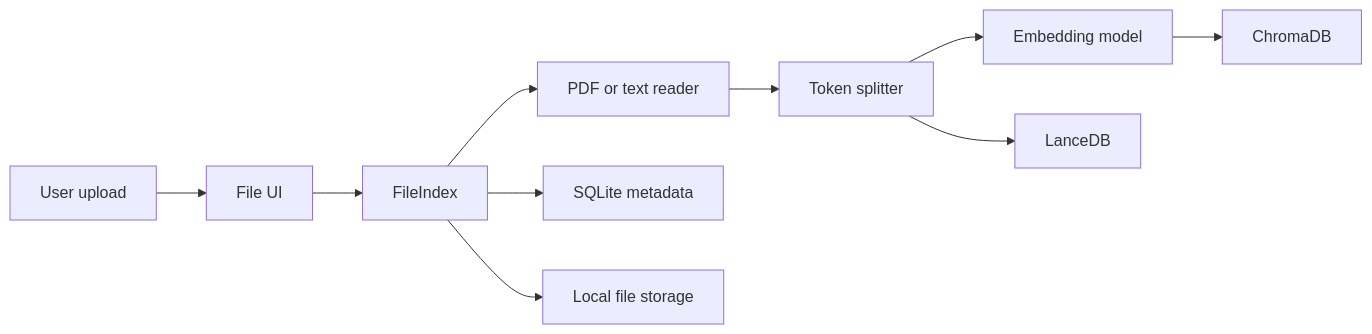
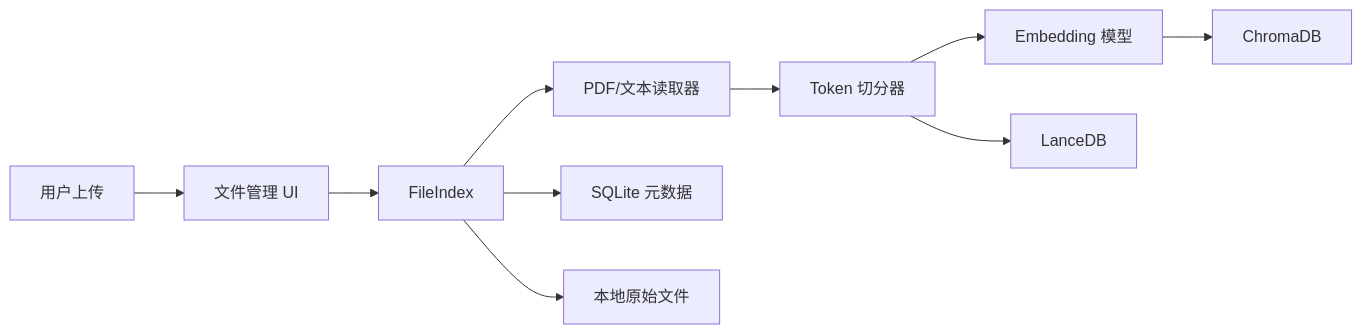
Before and after one commit to SwartzMss/knowledge-assistant: the first of 2 diagrams in docs/architecture/current-architecture.md, drawn with Mermaid. The commit also changed other lines of this file and 10 other files, not shown here.

````diff
--- a/docs/architecture/current-architecture.md
+++ b/docs/architecture/current-architecture.md
@@ -52,12 +46,12 @@
 ```mermaid
 flowchart LR
-    U["User upload"] --> UI["File UI"]
+    U["用户上传"] --> UI["文件管理 UI"]
     UI --> FI["FileIndex"]
-    FI --> R["PDF or text reader"]
-    R --> S["Token splitter"]
-    S --> E["Embedding model"]
+    FI --> R["PDF/文本读取器"]
+    R --> S["Token 切分器"]
+    S --> E["Embedding 模型"]
     E --> V["ChromaDB"]
     S --> D["LanceDB"]
-    FI --> M["SQLite metadata"]
-    FI --> F["Local file storage"]
+    FI --> M["SQLite 元数据"]
+    FI --> F["本地原始文件"]
 ```
````
